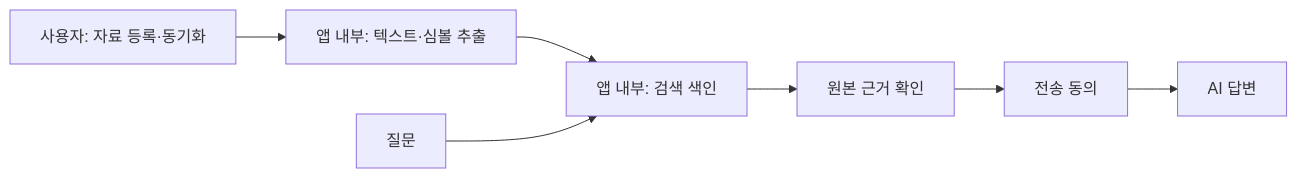
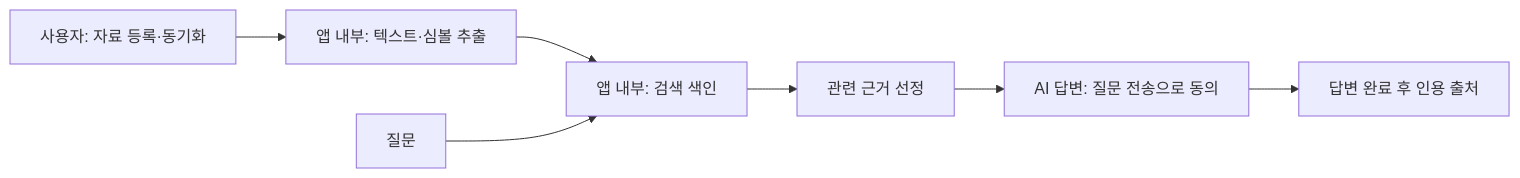
One commit to thisisnew/dougle changed the diagram in docs/internal-search.md. Above: the diagram before and after it, drawn with Mermaid. The commit also changed other lines of this file and 249 other files, not shown here.

````diff
--- a/docs/internal-search.md
+++ b/docs/internal-search.md
@@ -7,9 +9,9 @@
 ```mermaid
 flowchart LR
   A[사용자: 자료 등록·동기화] --> B[앱 내부: 텍스트·심볼 추출]
   B --> C[앱 내부: 검색 색인]
   D[질문] --> C
-  C --> E[원본 근거 확인]
-  E --> F[전송 동의]
-  F --> G[AI 답변]
+  C --> E[관련 근거 선정]
+  E --> G[AI 답변: 질문 전송으로 동의]
+  G --> H[답변 완료 후 인용 출처]
 ```
````
